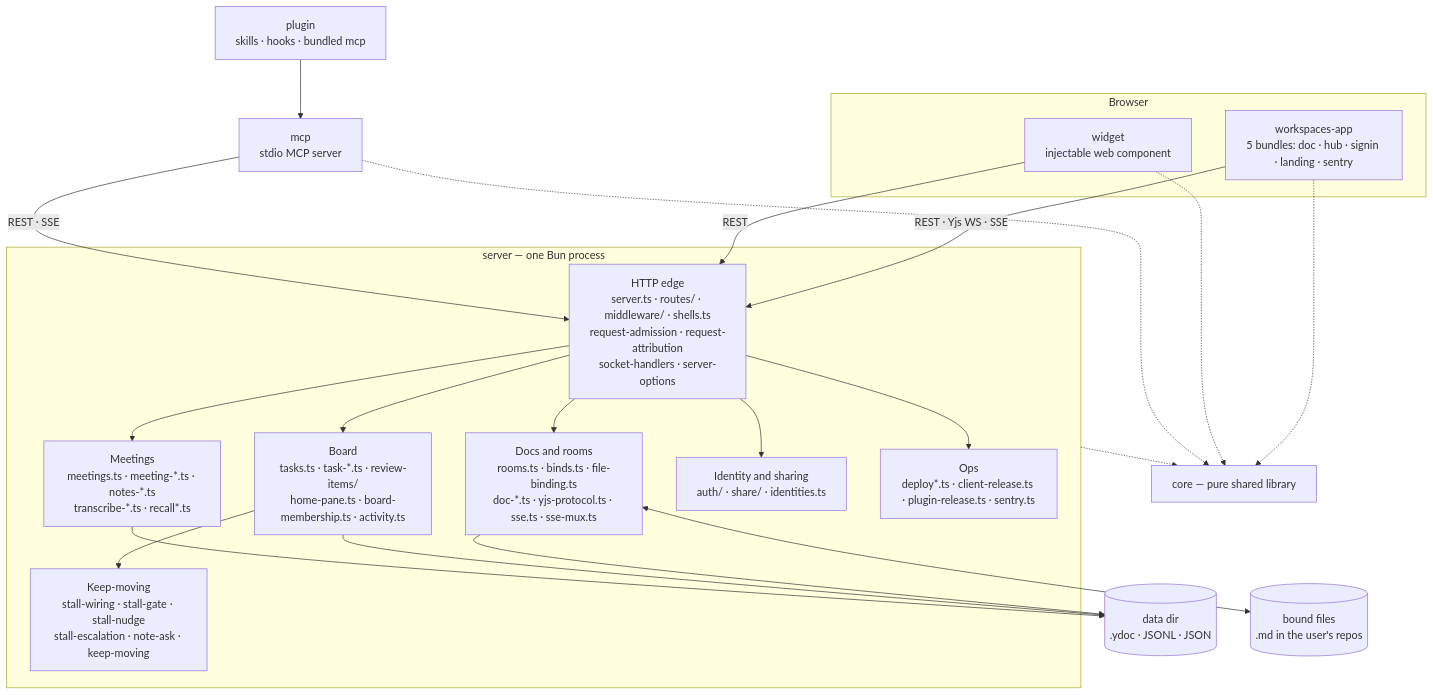
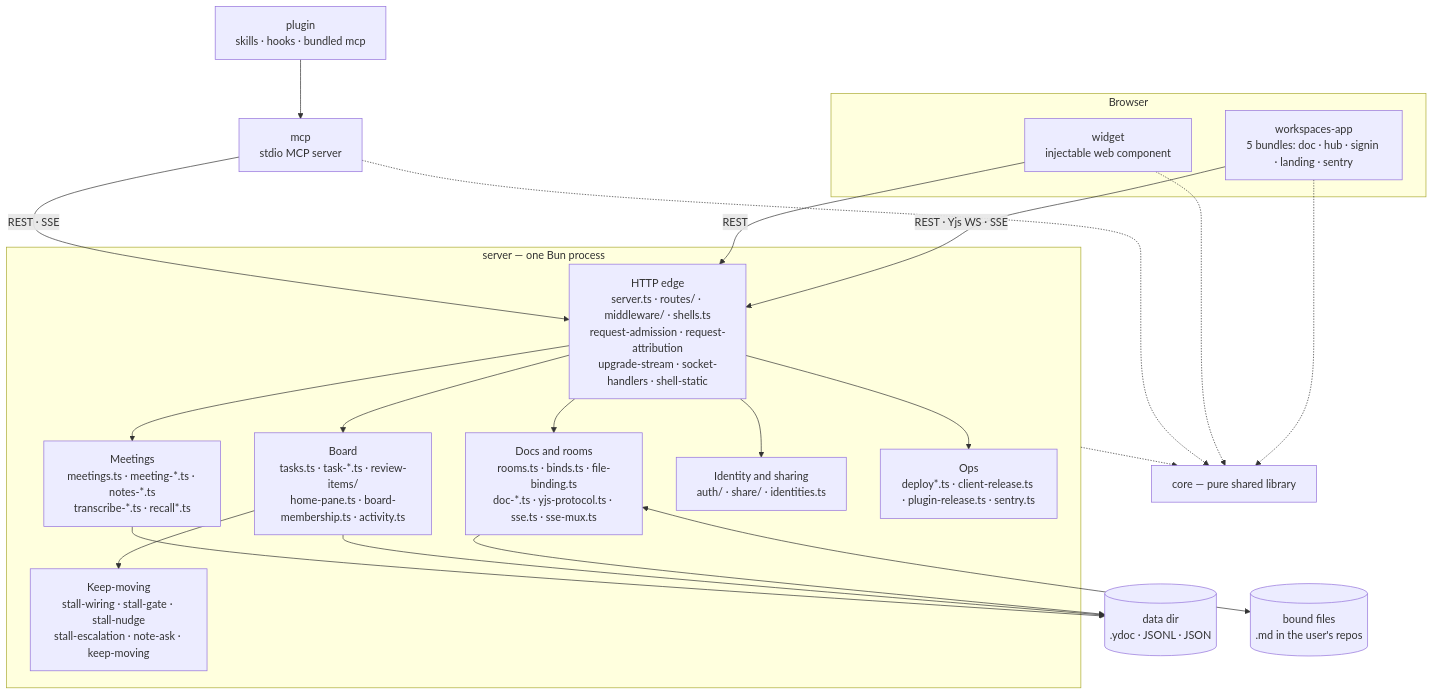
Before and after one commit to fryanpan/claude-live-feedback-plugin: the first of 2 diagrams in docs/architecture/overview.md, drawn with Mermaid. The commit also changed other lines of this file and 149 other files, not shown here.

````diff
--- a/docs/architecture/overview.md
+++ b/docs/architecture/overview.md
@@ -11,32 +11,32 @@
 ```mermaid
 flowchart TB
   subgraph browser[Browser]
     app["workspaces-app<br/>5 bundles: doc · hub · signin · landing · sentry"]
     wid["widget<br/>injectable web component"]
   end
   plug["plugin<br/>skills · hooks · bundled mcp"]
   mcp["mcp<br/>stdio MCP server"]
   subgraph srv["server — one Bun process"]
-    edge["HTTP edge<br/>server.ts · routes/ · middleware/ · shells.ts<br/>request-admission · request-attribution<br/>socket-handlers · server-options"]
+    edge["HTTP edge<br/>server.ts · routes/ · middleware/ · shells.ts<br/>request-admission · request-attribution<br/>upgrade-stream · socket-handlers · shell-static"]
     docs["Docs and rooms<br/>rooms.ts · binds.ts · file-binding.ts<br/>doc-*.ts · yjs-protocol.ts · sse.ts · sse-mux.ts"]
     board["Board<br/>tasks.ts · task-*.ts · review-items/<br/>home-pane.ts · board-membership.ts · activity.ts"]
     meet["Meetings<br/>meetings.ts · meeting-*.ts · notes-*.ts<br/>transcribe-*.ts · recall*.ts"]
     keep["Keep-moving<br/>stall-wiring · stall-gate · stall-nudge<br/>stall-escalation · note-ask · keep-moving"]
     ident["Identity and sharing<br/>auth/ · share/ · identities.ts"]
     ops["Ops<br/>deploy*.ts · client-release.ts · plugin-release.ts · sentry.ts"]
   end
   core["core — pure shared library"]
   disk[("data dir<br/>.ydoc · JSONL · JSON")]
   files[("bound files<br/>.md in the user's repos")]
 
   app -->|"REST · Yjs WS · SSE"| edge
   wid -->|REST| edge
   plug --> mcp
   mcp -->|"REST · SSE"| edge
   edge --> docs & board & meet & ident & ops
   board --> keep
   docs <--> files
   docs & board & meet --> disk
   app & wid & mcp -.-> core
   srv -.-> core
 ```
````
